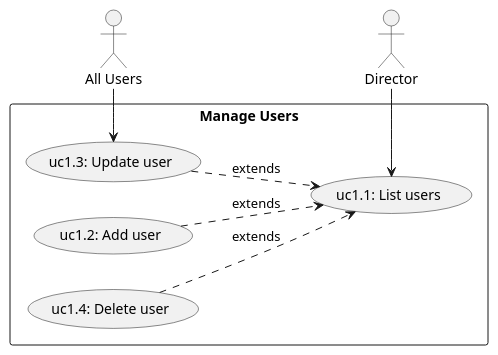
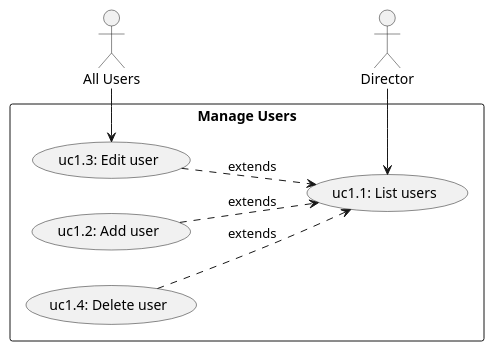
One commit to aert/aert-farmerp changed the diagram in docs/content/features/uc1_users.rst. Above: the diagram before and after it, drawn with PlantUML. The commit also changed 2 other files, not shown here.

Commit message:
First draft for uc1-3_user_update.rst

```diff
--- a/docs/content/features/uc1_users.rst
+++ b/docs/content/features/uc1_users.rst
@@ -4,21 +4,21 @@
 .. uml::
 
    left to right direction
    actor Director
    actor "All Users" as All
 
 
    rectangle "Manage Users" {
       (uc1.1: List users)  as (uc1.1)
       (uc1.2: Add user)    as (uc1.2)
-      (uc1.3: Update user) as (uc1.3)
+      (uc1.3: Edit user) as (uc1.3)
       (uc1.4: Delete user) as (uc1.4)
 
       Director -left-> (uc1.1)
 
       (uc1.2) ..> (uc1.1) : extends
       (uc1.3) ..> (uc1.1) : extends
       (uc1.4) ..> (uc1.1) : extends
 
       All      --right--> (uc1.3)
    }
```
